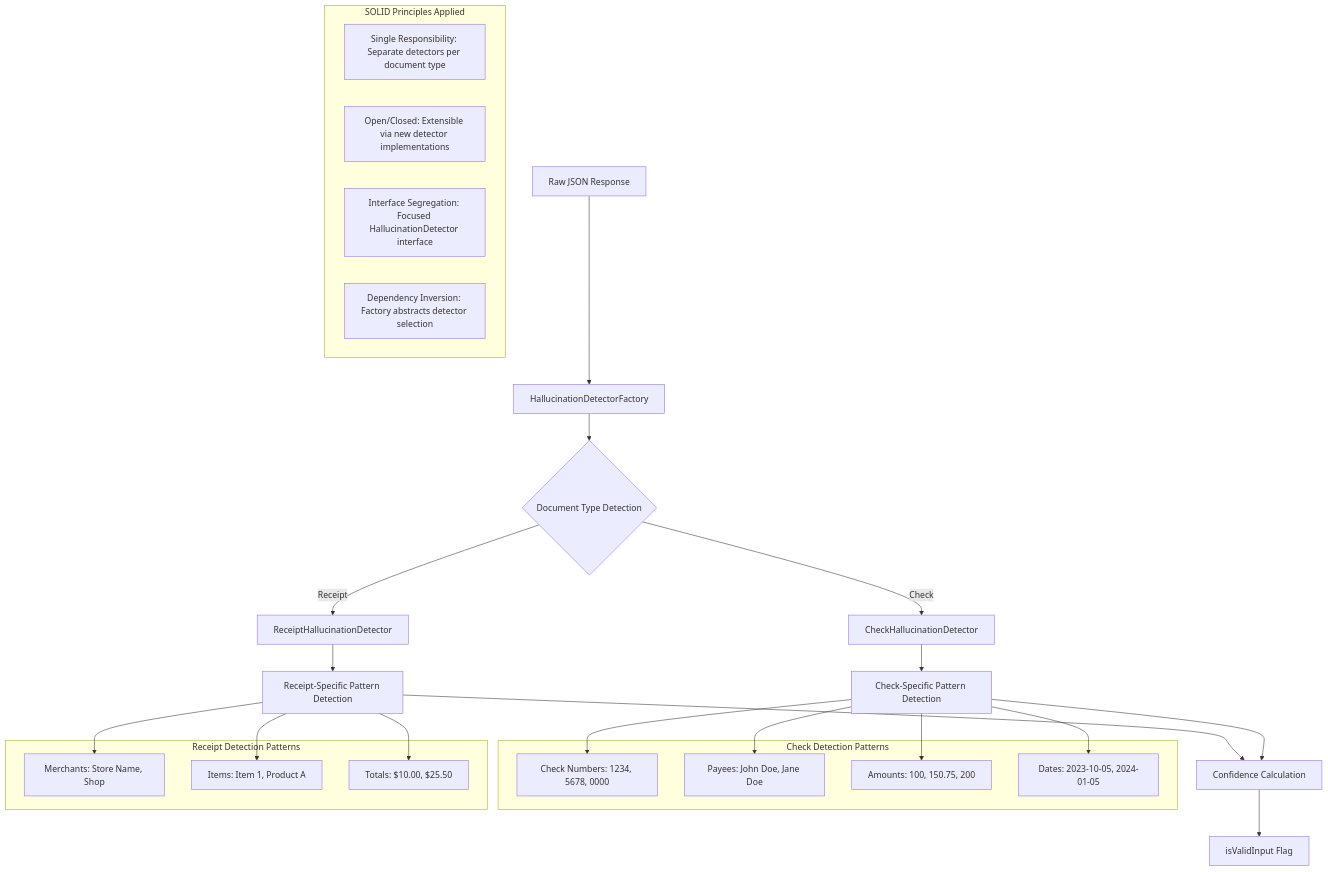
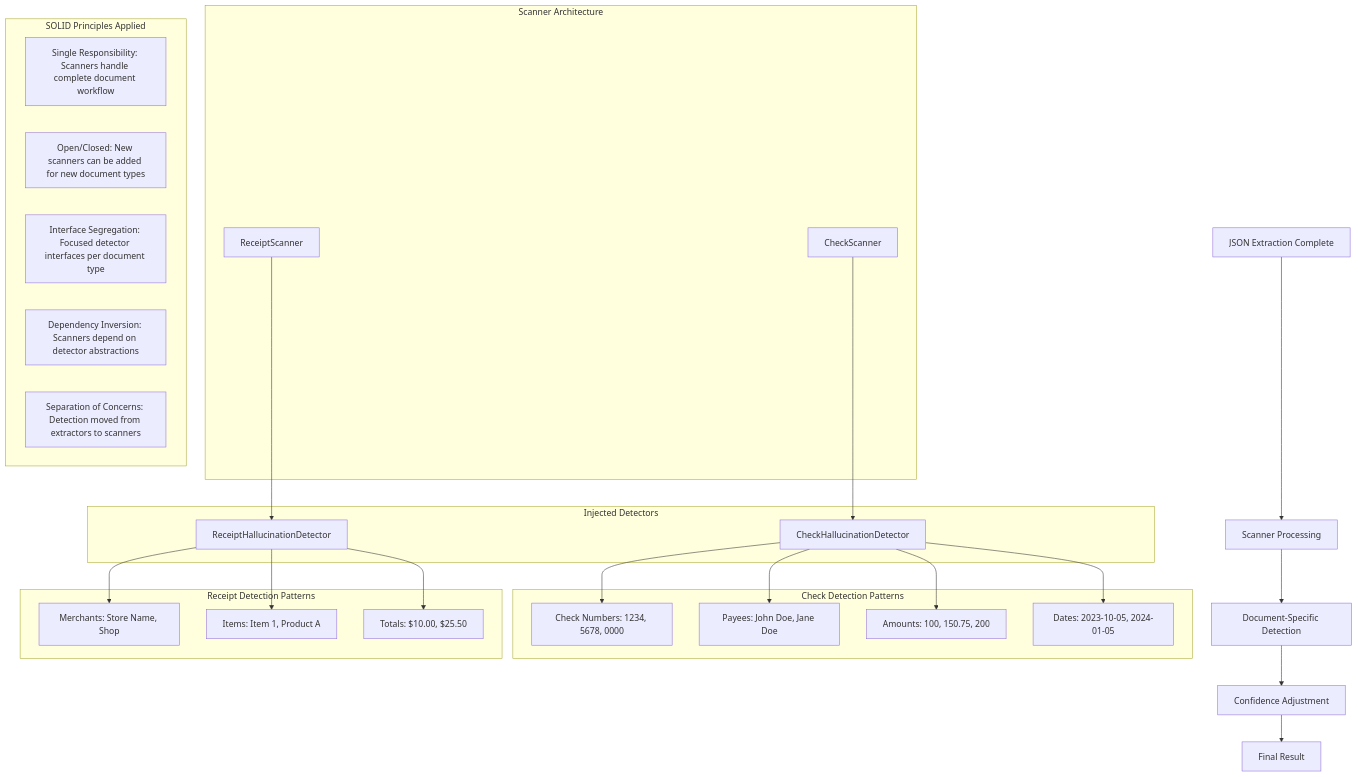
The seventh of 7 diagrams in docs/features/json-extraction/cloudflare-json-extractor-design.md (o2alexanderfedin/OCRChecksServer-demo), drawn with Mermaid before and after one commit. The commit also changed other lines of this file and 3 other files, not shown here.

First line of the commit message:
docs: update architecture documentation for scanner-based hallucination detection

````diff
--- a/docs/features/json-extraction/cloudflare-json-extractor-design.md
+++ b/docs/features/json-extraction/cloudflare-json-extractor-design.md
@@ -306,40 +303,49 @@
 ```mermaid
 graph TB
-    A[Raw JSON Response] --> B[HallucinationDetectorFactory]
-    B --> C{Document Type Detection}
-    C -->|Check| D[CheckHallucinationDetector]
-    C -->|Receipt| E[ReceiptHallucinationDetector]
-    D --> F[Check-Specific Pattern Detection]
-    E --> G[Receipt-Specific Pattern Detection]
-    F --> H[Confidence Calculation]
-    G --> H
-    H --> I[isValidInput Flag]
+    A[JSON Extraction Complete] --> B[Scanner Processing]
+    B --> C[Document-Specific Detection]
+    C --> D[Confidence Adjustment]
+    D --> E[Final Result]
+    
+    subgraph "Scanner Architecture"
+        F[CheckScanner]
+        G[ReceiptScanner]
+    end
+    
+    subgraph "Injected Detectors"
+        H[CheckHallucinationDetector]
+        I[ReceiptHallucinationDetector]
+    end
+    
+    F --> H
+    G --> I
     
     subgraph "SOLID Principles Applied"
-        J[Single Responsibility: Separate detectors per document type]
-        K[Open/Closed: Extensible via new detector implementations]
-        L[Interface Segregation: Focused HallucinationDetector interface]
-        M[Dependency Inversion: Factory abstracts detector selection]
+        J[Single Responsibility: Scanners handle complete document workflow]
+        K[Open/Closed: New scanners can be added for new document types]
+        L[Interface Segregation: Focused detector interfaces per document type]
+        M[Dependency Inversion: Scanners depend on detector abstractions]
+        N[Separation of Concerns: Detection moved from extractors to scanners]
     end
     
     subgraph "Check Detection Patterns"
-        N[Check Numbers: 1234, 5678, 0000]
-        O[Payees: John Doe, Jane Doe]
-        P[Amounts: 100, 150.75, 200]
-        Q[Dates: 2023-10-05, 2024-01-05]
+        O[Check Numbers: 1234, 5678, 0000]
+        P[Payees: John Doe, Jane Doe]
+        Q[Amounts: 100, 150.75, 200]
+        R[Dates: 2023-10-05, 2024-01-05]
     end
     
     subgraph "Receipt Detection Patterns"
-        R[Merchants: Store Name, Shop]
-        S[Items: Item 1, Product A]
-        T[Totals: $10.00, $25.50]
+        S[Merchants: Store Name, Shop]
+        T[Items: Item 1, Product A]
+        U[Totals: $10.00, $25.50]
     end
     
-    F --> N
-    F --> O
-    F --> P
-    F --> Q
-    G --> R
-    G --> S
-    G --> T
+    H --> O
+    H --> P
+    H --> Q
+    H --> R
+    I --> S
+    I --> T
+    I --> U
 ```
````
